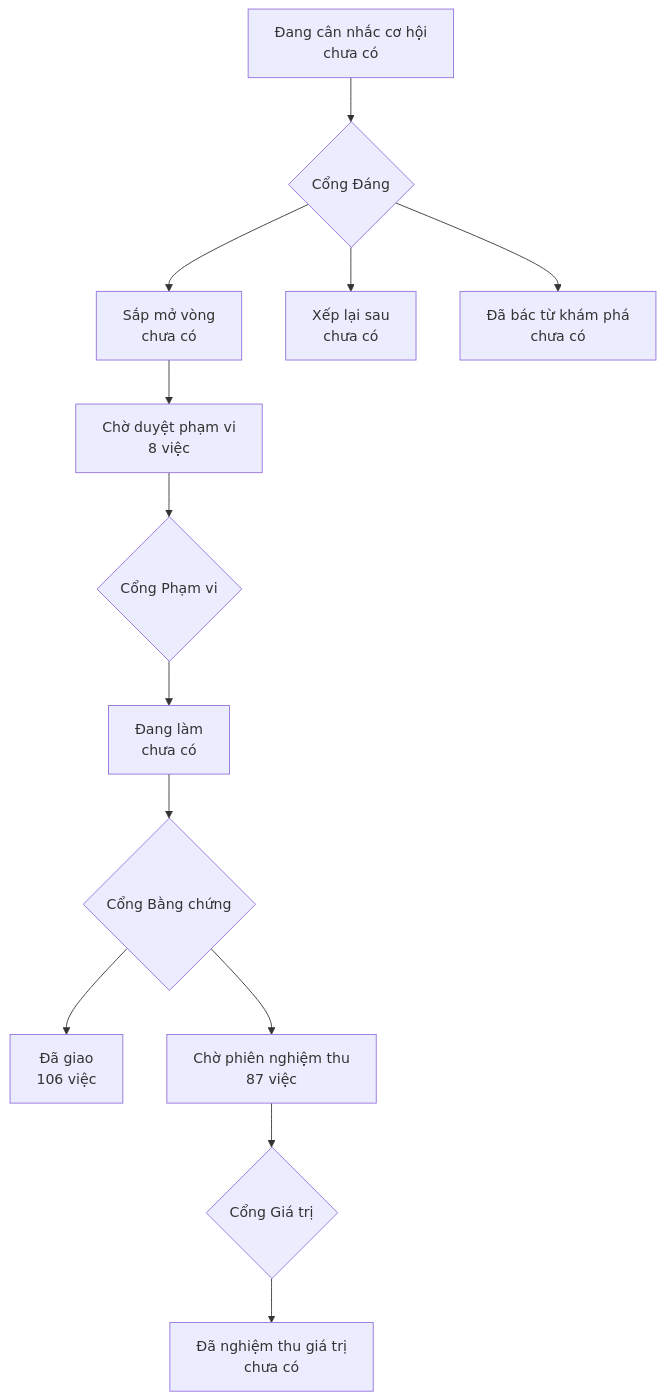
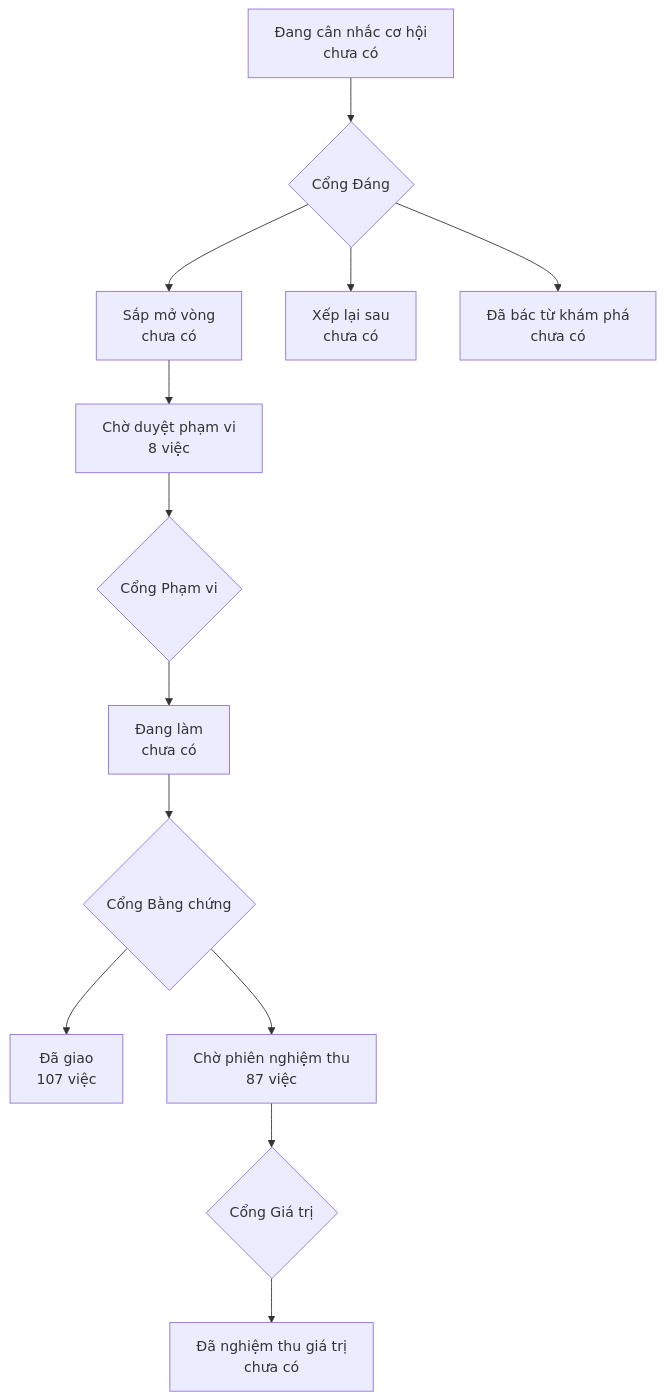
One commit to phanlemanh/onehub-invest changed the diagram in PRODUCT-MAP.md. Above: the diagram before and after it, drawn with Mermaid. The commit also changed other lines of this file and 7 other files, not shown here.

````diff
--- a/PRODUCT-MAP.md
+++ b/PRODUCT-MAP.md
@@ -7,12 +7,12 @@
 ```mermaid
 flowchart TD
   A["Đang cân nhắc cơ hội<br/>chưa có"] --> GD{"Cổng Đáng"}
   GD --> B["Sắp mở vòng<br/>chưa có"]
   GD --> XL["Xếp lại sau<br/>chưa có"]
   GD --> DB["Đã bác từ khám phá<br/>chưa có"]
   B --> CD["Chờ duyệt phạm vi<br/>8 việc"] --> GP{"Cổng Phạm vi"}
   GP --> DL["Đang làm<br/>chưa có"] --> GB{"Cổng Bằng chứng"}
-  GB --> DG["Đã giao<br/>106 việc"]
+  GB --> DG["Đã giao<br/>107 việc"]
   GB --> CN["Chờ phiên nghiệm thu<br/>87 việc"] --> GG{"Cổng Giá trị"}
   GG --> NT["Đã nghiệm thu giá trị<br/>chưa có"]
 ```
````
